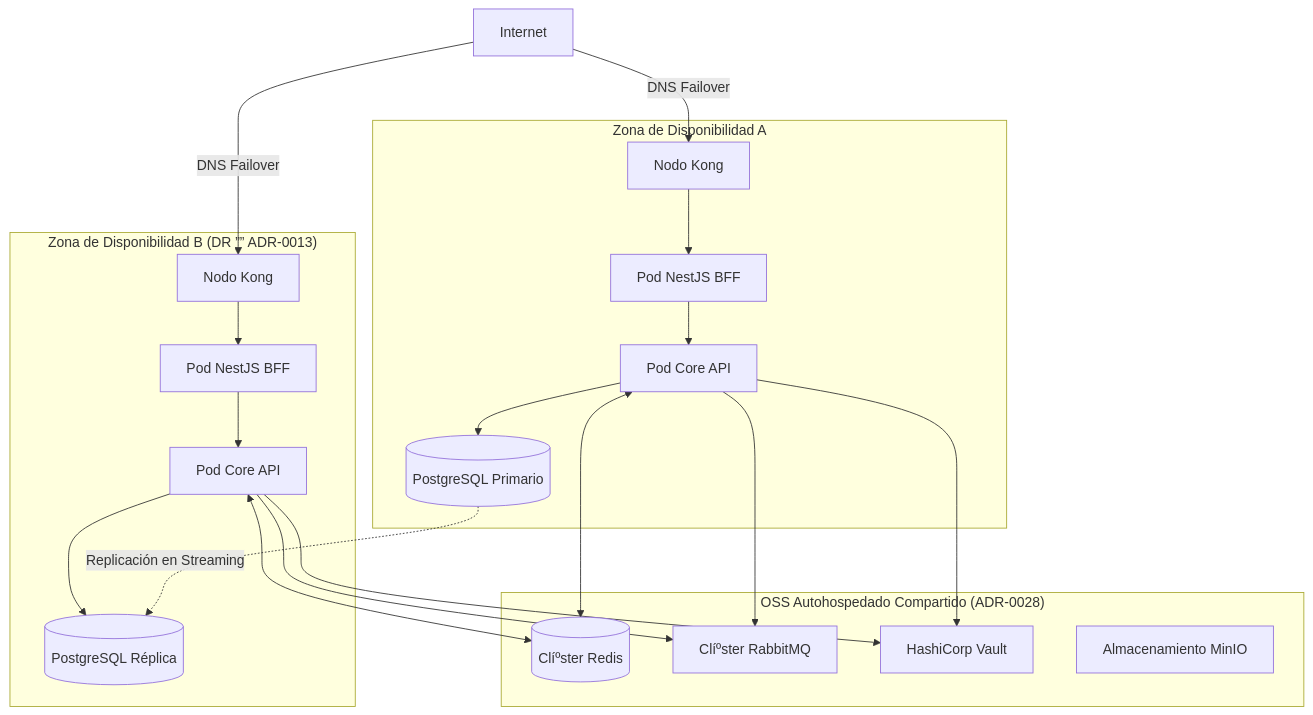
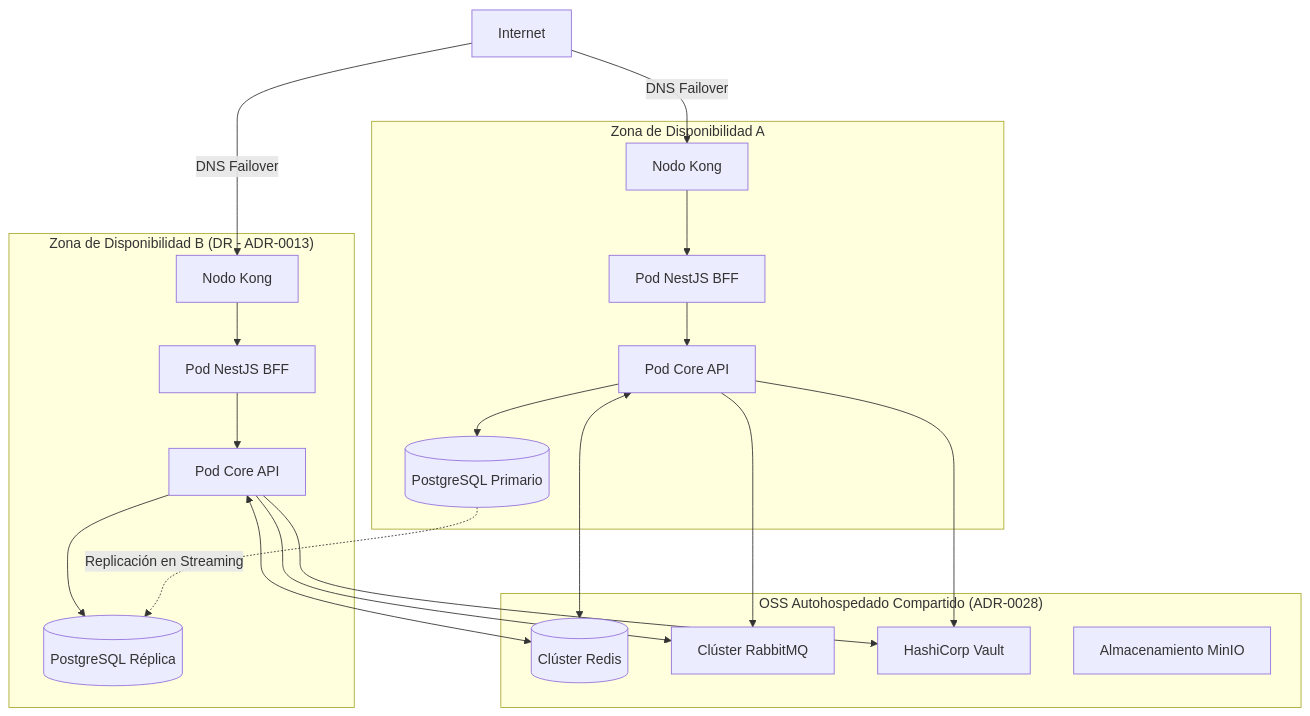
The sixth of 6 diagrams in architecture/blueprints-es/reference-blueprint.md (beyondnetcode/arc32_progresive_monolith), drawn with Mermaid before and after one commit. The commit also changed other lines of this file and 328 other files, not shown here.

Commit message:
chore: update and synchronize governance, architecture, and SDLC documentation across multiple languages

````diff
--- a/architecture/blueprints-es/reference-blueprint.md
+++ b/architecture/blueprints-es/reference-blueprint.md
@@ -346,31 +346,31 @@
 ```mermaid
 graph TD
-    subgraph CloudZoneA["Zona de Disponibilidad A"]
-        KongA["Nodo Kong"]
-        BFFA["Pod NestJS BFF"]
-        APIA["Pod Core API"]
-        PgPrimary[("PostgreSQL Primario")]
-    end
+ subgraph CloudZoneA["Zona de Disponibilidad A"]
+ KongA["Nodo Kong"]
+ BFFA["Pod NestJS BFF"]
+ APIA["Pod Core API"]
+ PgPrimary[("PostgreSQL Primario")]
+ end
 
-    subgraph CloudZoneB["Zona de Disponibilidad B (DR ”” ADR-0013)"]
-        KongB["Nodo Kong"]
-        BFFB["Pod NestJS BFF"]
-        APIB["Pod Core API"]
-        PgReplica[("PostgreSQL Réplica")]
-    end
+ subgraph CloudZoneB["Zona de Disponibilidad B (DR - ADR-0013)"]
+ KongB["Nodo Kong"]
+ BFFB["Pod NestJS BFF"]
+ APIB["Pod Core API"]
+ PgReplica[("PostgreSQL Réplica")]
+ end
 
-    subgraph SharedInfra["OSS Autohospedado Compartido (ADR-0028)"]
-        Redis[("Clíºster Redis")]
-        RabbitMQ["Clíºster RabbitMQ"]
-        Vault["HashiCorp Vault"]
-        MinIO["Almacenamiento MinIO"]
-    end
+ subgraph SharedInfra["OSS Autohospedado Compartido (ADR-0028)"]
+ Redis[("Clúster Redis")]
+ RabbitMQ["Clúster RabbitMQ"]
+ Vault["HashiCorp Vault"]
+ MinIO["Almacenamiento MinIO"]
+ end
 
-    Internet -->|DNS Failover| KongA & KongB
-    KongA --> BFFA --> APIA --> PgPrimary
-    KongB --> BFFB --> APIB --> PgReplica
-    PgPrimary -.->|Replicación en Streaming| PgReplica
-    APIA & APIB <--> Redis
-    APIA & APIB --> RabbitMQ
-    APIA & APIB --> Vault
+ Internet -->|DNS Failover| KongA & KongB
+ KongA --> BFFA --> APIA --> PgPrimary
+ KongB --> BFFB --> APIB --> PgReplica
+ PgPrimary -.->|Replicación en Streaming| PgReplica
+ APIA & APIB <--> Redis
+ APIA & APIB --> RabbitMQ
+ APIA & APIB --> Vault
 ```
````
